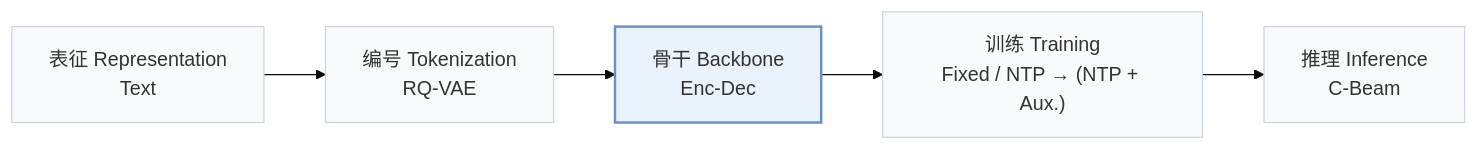
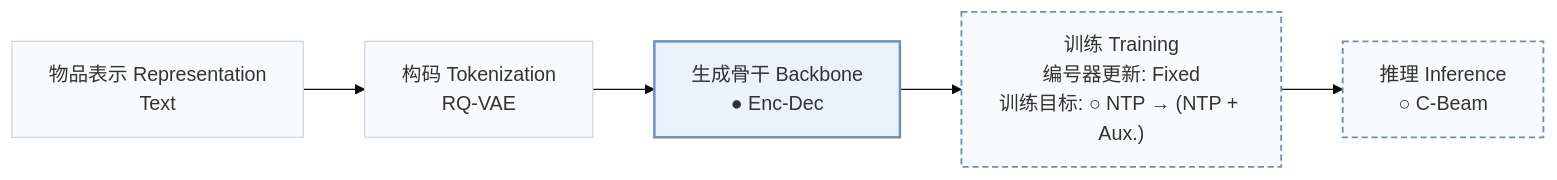
Before and after one commit to Galaxy-ghost/Awesome-SID-Generative-Rec: the first of 2 diagrams in pages/zh/papers/iba.md, drawn with Mermaid (base theme). The commit also changed other lines of this file and 558 other files, not shown here.

````diff
--- a/pages/zh/papers/iba.md
+++ b/pages/zh/papers/iba.md
@@ -15,8 +18,10 @@
 ```mermaid
 flowchart LR
-    R["表征 Representation<br/>Text"] --> T["编号 Tokenization<br/>RQ-VAE"] --> B["骨干 Backbone<br/>Enc-Dec"] --> TR["训练 Training<br/>Fixed / NTP → (NTP + Aux.)"] --> I["推理 Inference<br/>C-Beam"]
+    R["物品表示 Representation<br/>Text"] --> T["构码 Tokenization<br/>RQ-VAE"] --> B["生成骨干 Backbone<br/>● Enc-Dec"] --> TR["训练 Training<br/>编号器更新: Fixed<br/>训练目标: ○ NTP → (NTP + Aux.)"] --> I["推理 Inference<br/>○ C-Beam"]
     classDef base fill:#f8fafc,stroke:#cbd5e1
     class R,T,B,TR,I base
+    classDef other fill:#f8fafc,stroke:#6b8fc7,stroke-width:1.5px,stroke-dasharray:5 3
+    class TR,I other
     classDef main fill:#eaf2fb,stroke:#6b8fc7,stroke-width:2px
     class B main
 ```
````
